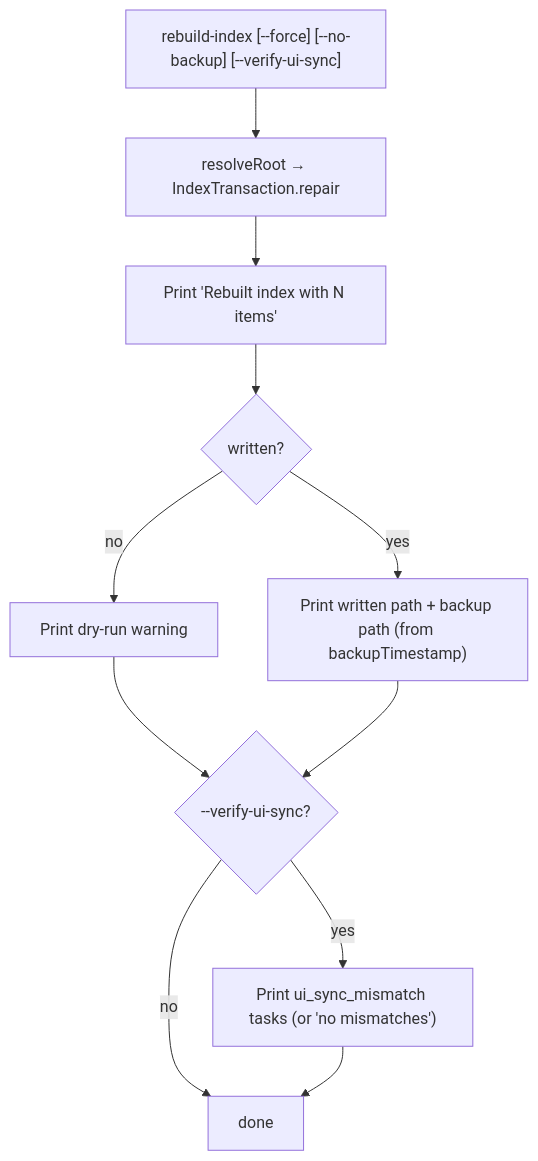
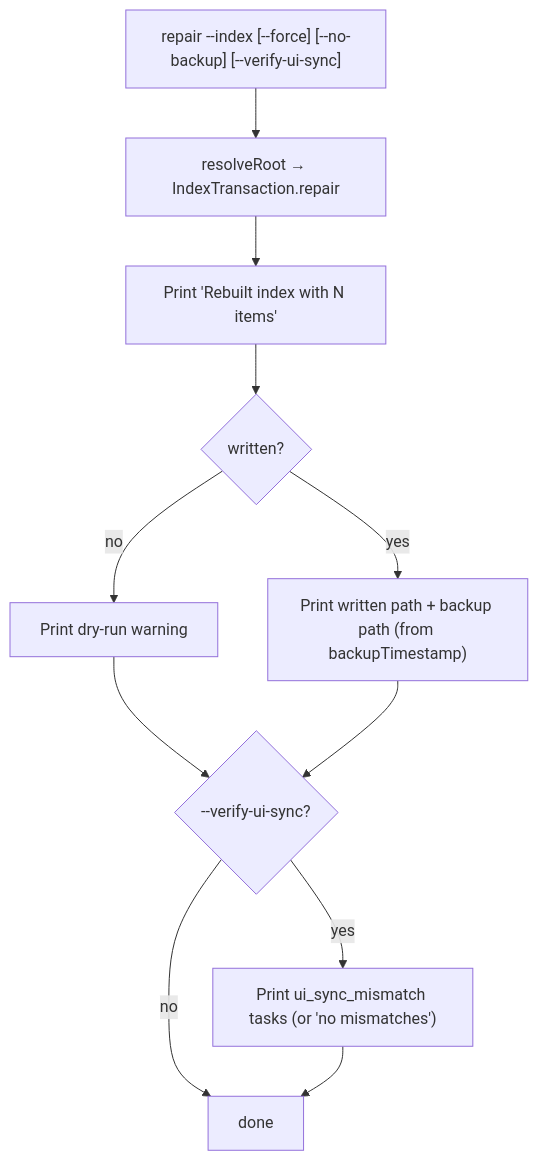
The seventh of 10 diagrams in SPECIFICATION.md (metaworx/zoo-code-history-repair), drawn with Mermaid before and after one commit. The commit also changed other lines of this file and 27 other files, not shown here.

````diff
--- a/SPECIFICATION.md
+++ b/SPECIFICATION.md
@@ -555,13 +550,13 @@
 ```mermaid
 flowchart TB
-    A["rebuild-index [--force] [--no-backup] [--verify-ui-sync]"] --> B["resolveRoot → IndexTransaction.repair"]
+    A["repair --index [--force] [--no-backup] [--verify-ui-sync]"] --> B["resolveRoot → IndexTransaction.repair"]
     B --> C["Print 'Rebuilt index with N items'"]
     C --> D{"written?"}
     D -->|no| E["Print dry-run warning"]
     D -->|yes| F["Print written path + backup path (from backupTimestamp)"]
     E --> G{"--verify-ui-sync?"}
     F --> G
     G -->|yes| H["Print ui_sync_mismatch tasks (or 'no mismatches')"]
     G -->|no| I["done"]
     H --> I
 ```
````
